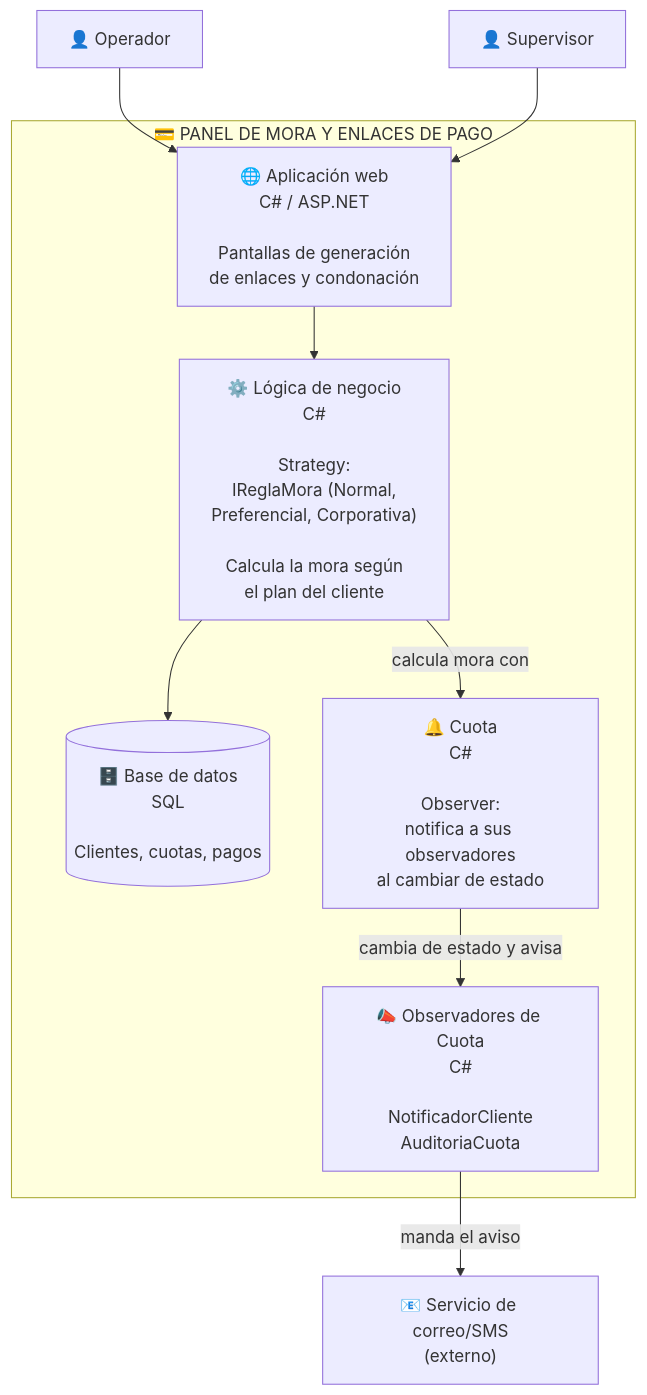
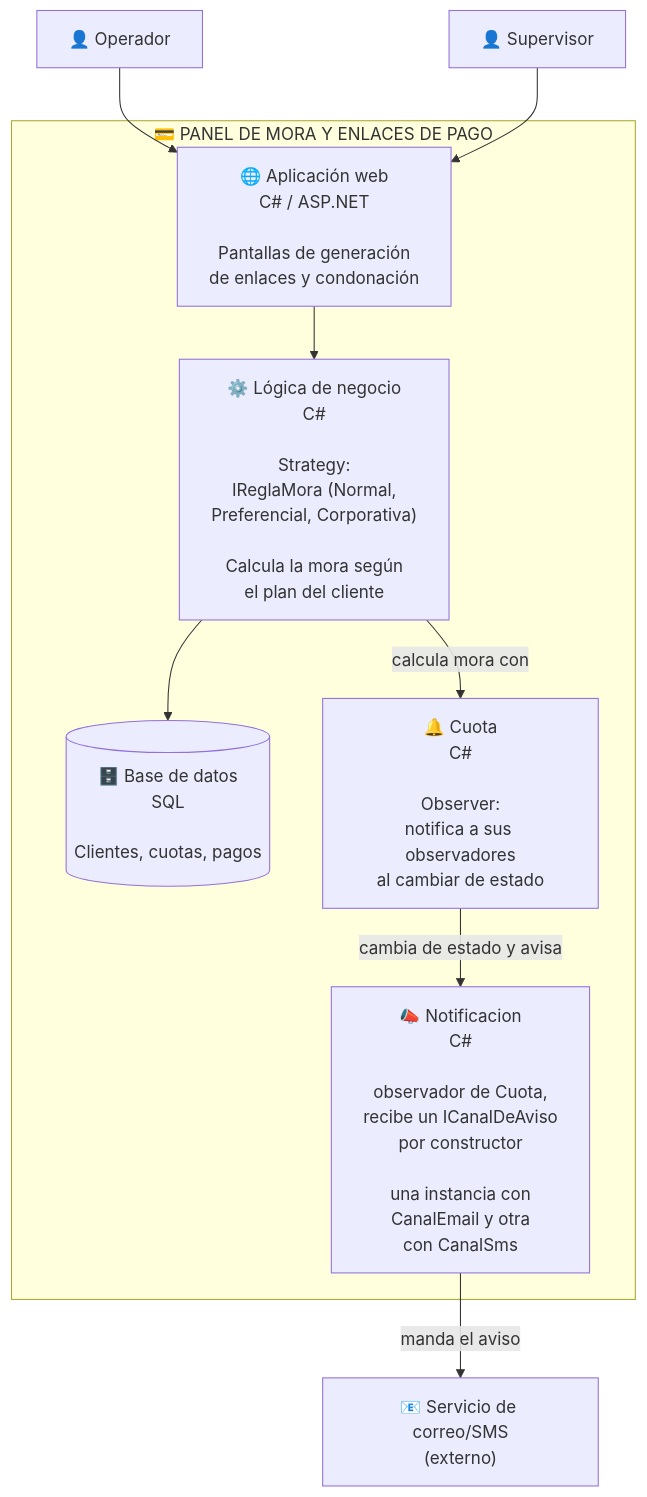
One commit to reychman/expediente-arq-apaza changed the second of 2 diagrams in H4/readme.md. Above: the diagram before and after it, drawn with Mermaid.

Commit message:
corrigiendo mi readme.md C4 solo corregimos en mi nivel 2 en la caja de notificaciones

````diff
--- a/H4/readme.md
+++ b/H4/readme.md
@@ -24,20 +24,20 @@
 ```mermaid
 flowchart TD
     Operador["👤 Operador"]
     Supervisor["👤 Supervisor"]
     subgraph Sistema["💳 PANEL DE MORA Y ENLACES DE PAGO"]
         Web["🌐 Aplicación web<br/>C# / ASP.NET<br/><br/>Pantallas de generación<br/>de enlaces y condonación"]
         Logica["⚙️ Lógica de negocio<br/>C#<br/><br/>Strategy:<br/>IReglaMora (Normal,<br/>Preferencial, Corporativa)<br/><br/>Calcula la mora según<br/>el plan del cliente"]
         BD[("🗄️ Base de datos<br/>SQL<br/><br/>Clientes, cuotas, pagos")]
         Cuota["🔔 Cuota<br/>C#<br/><br/>Observer:<br/>notifica a sus observadores<br/>al cambiar de estado"]
-        Notificacion["📣 Observadores de Cuota<br/>C#<br/><br/>NotificadorCliente<br/>AuditoriaCuota"]
+        Notificacion["📣 Notificacion<br/>C#<br/><br/>observador de Cuota,<br/>recibe un ICanalDeAviso<br/>por constructor<br/><br/>una instancia con<br/>CanalEmail y otra<br/>con CanalSms"]
     end
     ServicioExterno["📧 Servicio de correo/SMS<br/>(externo)"]
     Operador --> Web
     Supervisor --> Web
     Web --> Logica
     Logica --> BD
     Logica -->|calcula mora con| Cuota
     Cuota -->|cambia de estado y avisa| Notificacion
     Notificacion -->|manda el aviso| ServicioExterno
 ```
````
